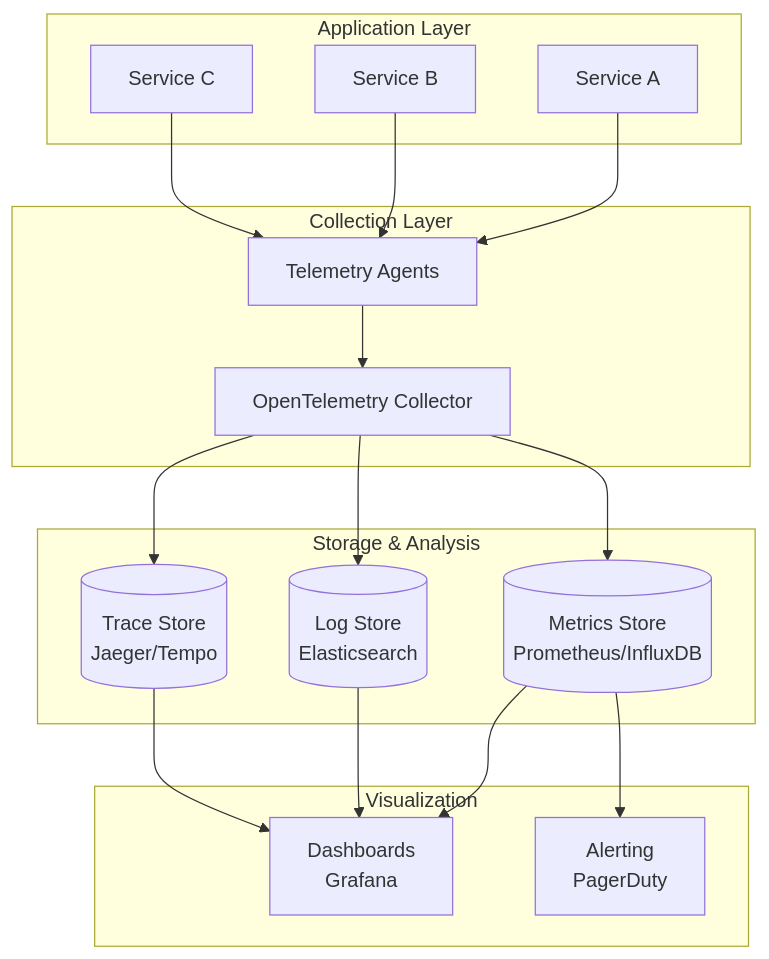
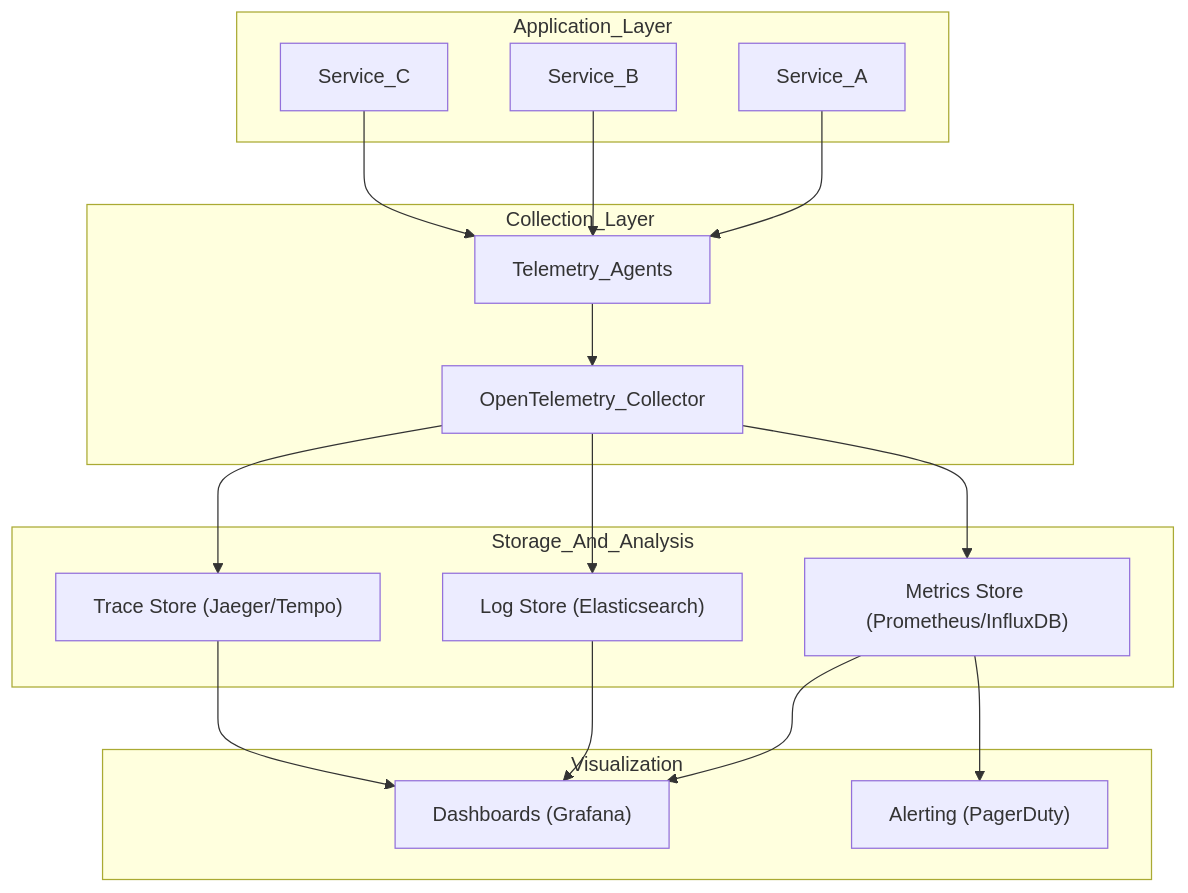
Before and after one commit to goldenfamilyfarms/its-my-training-day: the diagram in its-my-training-day/system-design-architecture/observability/README.md, drawn with Mermaid. The commit also changed other lines of this file and 443 other files, not shown here.

````diff
--- a/its-my-training-day/system-design-architecture/observability/README.md
+++ b/its-my-training-day/system-design-architecture/observability/README.md
@@ -39,36 +89,36 @@
 ```mermaid
 graph TB
-    subgraph "Application Layer"
-        APP1[Service A]
-        APP2[Service B]
-        APP3[Service C]
+    subgraph Application_Layer
+        APP1[Service_A]
+        APP2[Service_B]
+        APP3[Service_C]
     end
-    
-    subgraph "Collection Layer"
-        AGENT[Telemetry Agents]
-        COLLECTOR[OpenTelemetry Collector]
+
+    subgraph Collection_Layer
+        AGENT[Telemetry_Agents]
+        COLLECTOR[OpenTelemetry_Collector]
     end
-    
-    subgraph "Storage & Analysis"
-        METRICS[(Metrics Store<br/>Prometheus/InfluxDB)]
-        LOGS[(Log Store<br/>Elasticsearch)]
-        TRACES[(Trace Store<br/>Jaeger/Tempo)]
+
+    subgraph Storage_And_Analysis
+        METRICS["Metrics Store (Prometheus/InfluxDB)"]
+        LOGS["Log Store (Elasticsearch)"]
+        TRACES["Trace Store (Jaeger/Tempo)"]
     end
-    
-    subgraph "Visualization"
-        DASH[Dashboards<br/>Grafana]
-        ALERT[Alerting<br/>PagerDuty]
+
+    subgraph Visualization
+        DASH["Dashboards (Grafana)"]
+        ALERT["Alerting (PagerDuty)"]
     end
-    
+
     APP1 --> AGENT
     APP2 --> AGENT
     APP3 --> AGENT
     AGENT --> COLLECTOR
     COLLECTOR --> METRICS
     COLLECTOR --> LOGS
     COLLECTOR --> TRACES
     METRICS --> DASH
     LOGS --> DASH
     TRACES --> DASH
     METRICS --> ALERT
 ```
````
